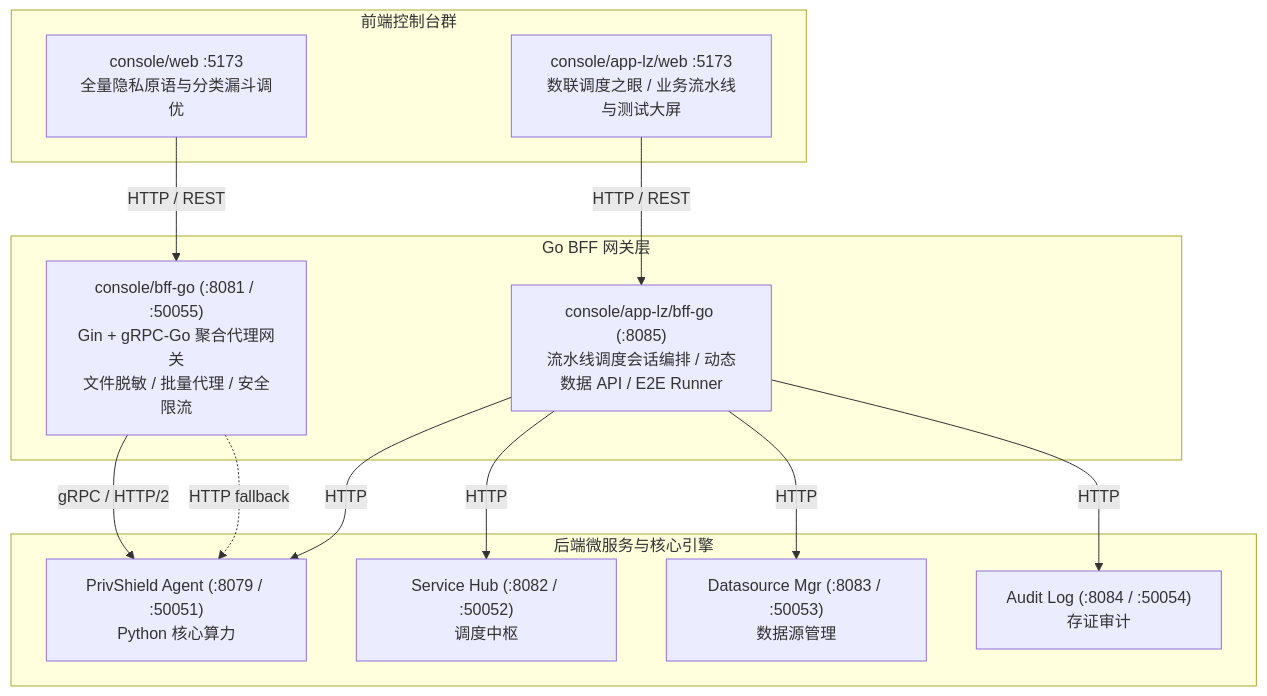
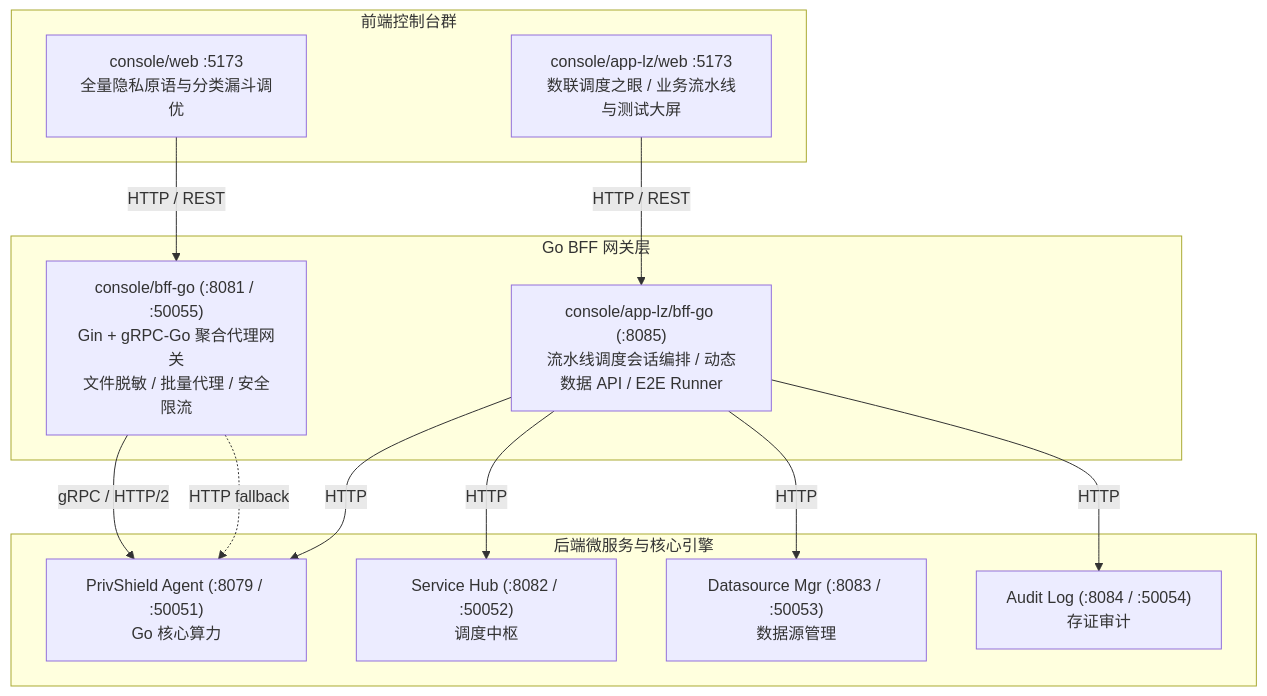
The diagram in docs/architecture/console.md (fengzhizi319/PrivShield), drawn with Mermaid before and after one commit. The commit also changed other lines of this file and 8 other files, not shown here.

Commit message:
docs(architecture): systematically update architecture documentation to 100% Go cloud-native specifications

````diff
--- a/docs/architecture/console.md
+++ b/docs/architecture/console.md
@@ -25,30 +25,30 @@
 ```mermaid
 graph TD
     subgraph Presentation [前端控制台群]
         WebFull[console/web :5173<br/>全量隐私原语与分类漏斗调优]
         WebAppLZ[console/app-lz/web :5173<br/>数联调度之眼 / 业务流水线与测试大屏]
     end
 
     subgraph BFFGateways [Go BFF 网关层]
         GoBFF["console/bff-go (:8081 / :50055)<br/>Gin + gRPC-Go 聚合代理网关<br/>文件脱敏 / 批量代理 / 安全限流"]
         GoLZBFF["console/app-lz/bff-go (:8085)<br/>流水线调度会话编排 / 动态数据 API / E2E Runner"]
     end
 
     subgraph UpstreamServices [后端微服务与核心引擎]
-        Agent["PrivShield Agent (:8079 / :50051)<br/>Python 核心算力"]
+        Agent["PrivShield Agent (:8079 / :50051)<br/>Go 核心算力"]
         Hub["Service Hub (:8082 / :50052)<br/>调度中枢"]
         DSMgr["Datasource Mgr (:8083 / :50053)<br/>数据源管理"]
         Audit["Audit Log (:8084 / :50054)<br/>存证审计"]
     end
 
     WebFull -->|HTTP / REST| GoBFF
     WebAppLZ -->|HTTP / REST| GoLZBFF
 
     GoBFF -->|gRPC / HTTP/2| Agent
     GoBFF -.->|HTTP fallback| Agent
 
     GoLZBFF -->|HTTP| Hub
     GoLZBFF -->|HTTP| DSMgr
     GoLZBFF -->|HTTP| Audit
     GoLZBFF -->|HTTP| Agent
 ```
````
